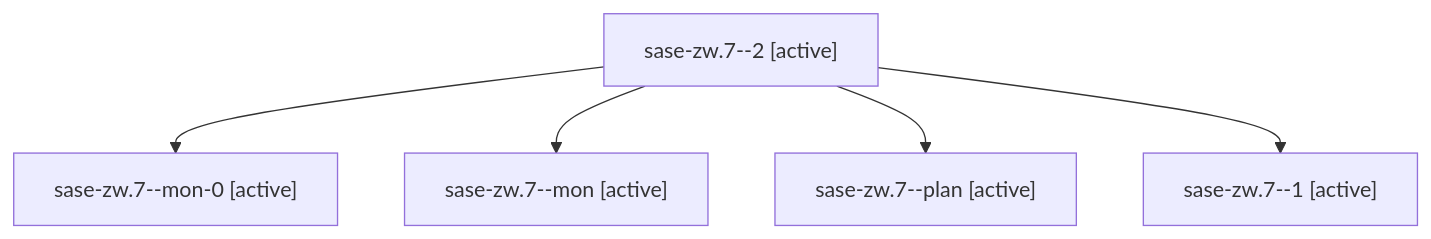
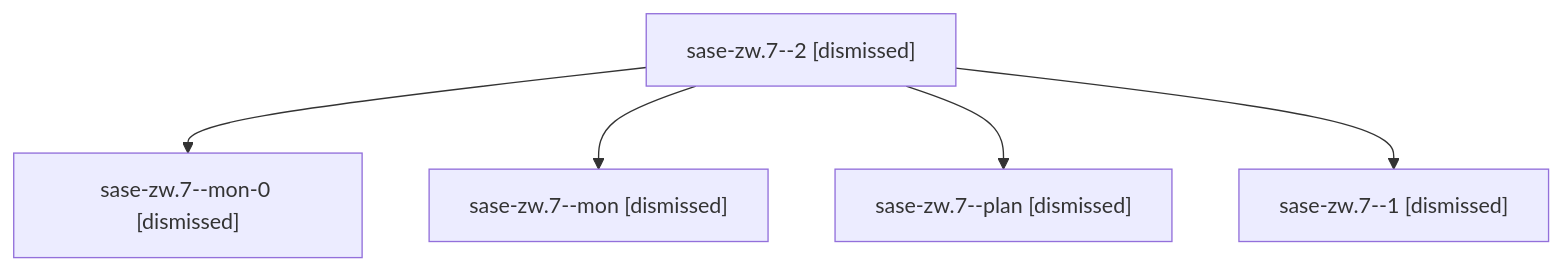
One commit to sase-org/sase--agents changed the diagram in sessions/bbugyi200.athena.sase-zw.7.md. Above: the diagram before and after it, drawn with Mermaid. The commit also changed other lines of this file and 122 other files, not shown here.

````diff
--- a/sessions/bbugyi200.athena.sase-zw.7.md
+++ b/sessions/bbugyi200.athena.sase-zw.7.md
@@ -9,12 +9,12 @@
 ```mermaid
 flowchart TD
-  n0["sase-zw.7--2 [active]"]
-  n1["sase-zw.7--mon-0 [active]"]
+  n0["sase-zw.7--2 [dismissed]"]
+  n1["sase-zw.7--mon-0 [dismissed]"]
   n0 --> n1
-  n2["sase-zw.7--mon [active]"]
+  n2["sase-zw.7--mon [dismissed]"]
   n0 --> n2
-  n3["sase-zw.7--plan [active]"]
+  n3["sase-zw.7--plan [dismissed]"]
   n0 --> n3
-  n4["sase-zw.7--1 [active]"]
+  n4["sase-zw.7--1 [dismissed]"]
   n0 --> n4
 ```
````
